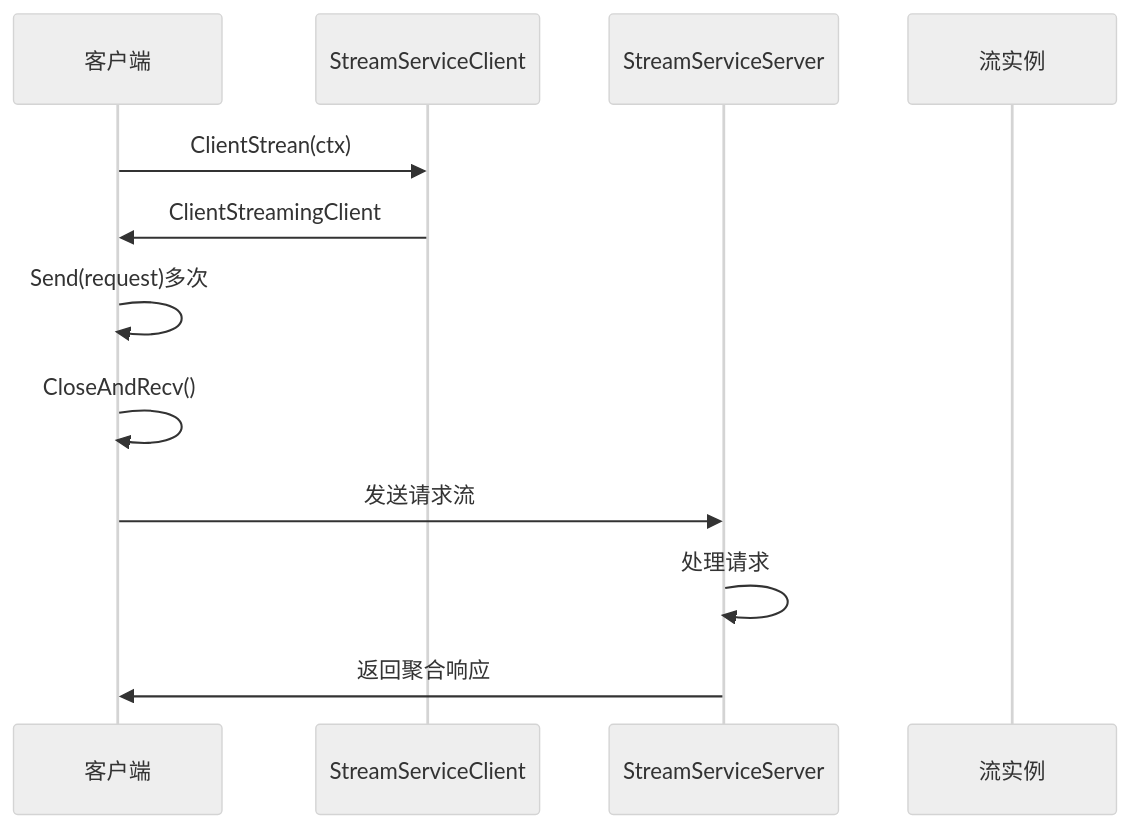
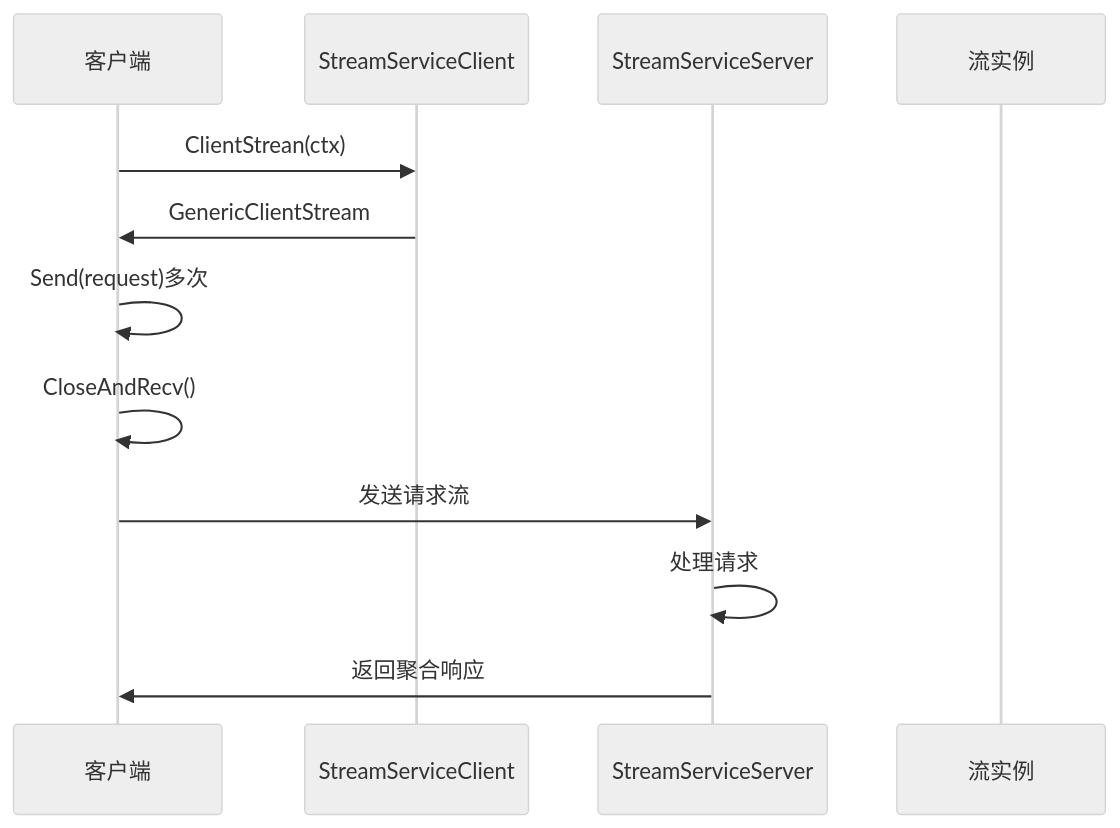
Before and after one commit to soyacen/goose: the sixth of 15 diagrams in .agents/repowiki/zh/content/示例和最佳实践/WebSocket流式系统.md, drawn with Mermaid (neutral theme). The commit also changed other lines of this file and 7 other files, not shown here.

First line of the commit message:
Refactor WebSocket client and server stream handling

````diff
--- a/.agents/repowiki/zh/content/示例和最佳实践/WebSocket流式系统.md
+++ b/.agents/repowiki/zh/content/示例和最佳实践/WebSocket流式系统.md
@@ -298,14 +318,14 @@
 ```mermaid
 sequenceDiagram
 participant Client as 客户端
 participant Service as StreamServiceClient
 participant Server as StreamServiceServer
 participant Stream as 流实例
 Client->>Service : ClientStrean(ctx)
-Service->>Client : ClientStreamingClient
+Service->>Client : GenericClientStream
 Client->>Client : Send(request)多次
 Client->>Client : CloseAndRecv()
 Client->>Server : 发送请求流
 Server->>Server : 处理请求
 Server->>Client : 返回聚合响应
 ```
````
